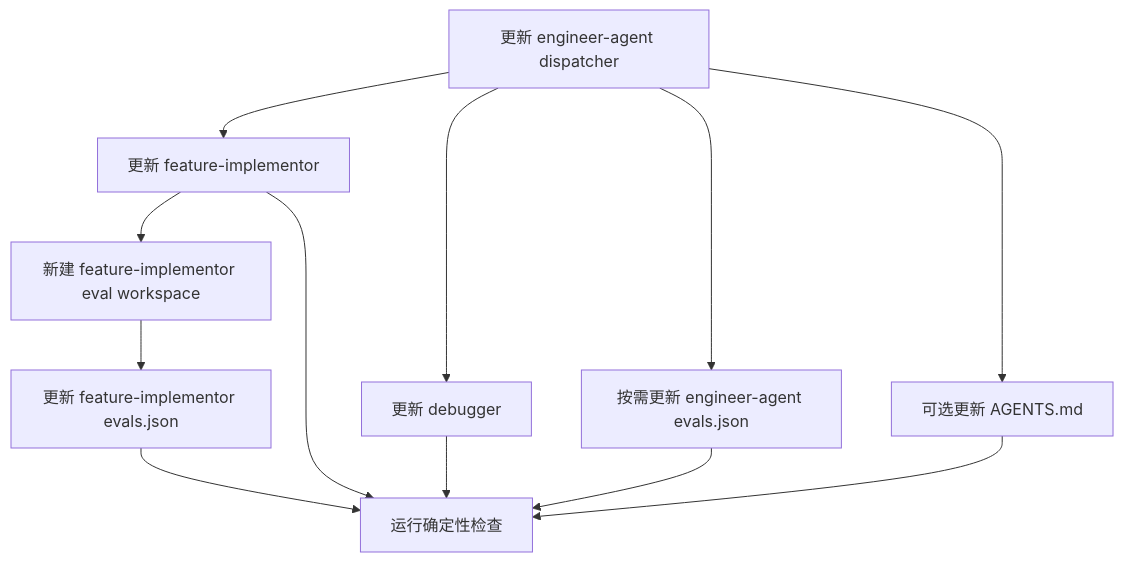
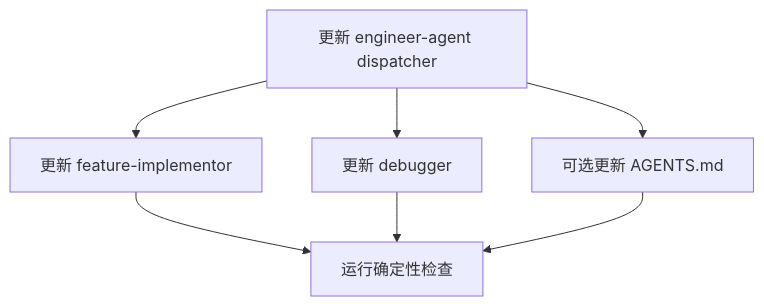
The second of 3 diagrams in docs/engineer/agents/engineer-agent/subagent-division/TRD.md (Neplich/dev-agent-skills), drawn with Mermaid before and after one commit. The commit also changed other lines of this file and 71 other files, not shown here.

````diff
--- a/docs/engineer/agents/engineer-agent/subagent-division/TRD.md
+++ b/docs/engineer/agents/engineer-agent/subagent-division/TRD.md
@@ -157,14 +127,9 @@
 ```mermaid
 flowchart TD
     A["更新 engineer-agent dispatcher"] --> B["更新 feature-implementor"]
     A --> C["更新 debugger"]
-    B --> D["新建 feature-implementor eval workspace"]
-    D --> E["更新 feature-implementor evals.json"]
-    A --> F["按需更新 engineer-agent evals.json"]
     A --> G["可选更新 AGENTS.md"]
     B --> H["运行确定性检查"]
     C --> H
-    E --> H
-    F --> H
     G --> H
 ```
````
